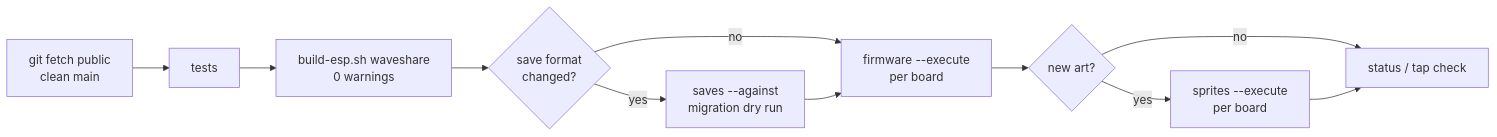
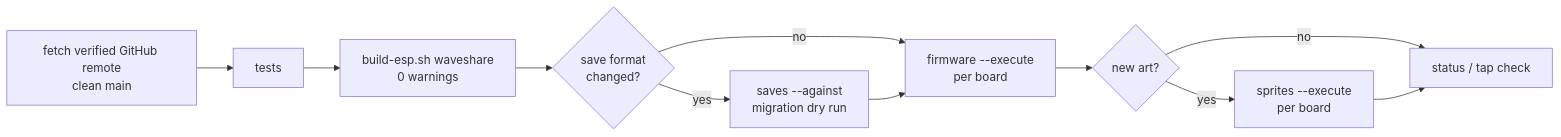
One commit to goldsziggy/z-ark-digivice changed the diagram in docs/DEPLOYMENT.md. Above: the diagram before and after it, drawn with Mermaid. The commit also changed other lines of this file and 78 other files, not shown here.

````diff
--- a/docs/DEPLOYMENT.md
+++ b/docs/DEPLOYMENT.md
@@ -12,13 +12,13 @@
 ```mermaid
 flowchart LR
-    A[git fetch public<br/>clean main] --> B[tests]
+    A[fetch verified GitHub remote<br/>clean main] --> B[tests]
     B --> C[build-esp.sh waveshare<br/>0 warnings]
     C --> D{save format<br/>changed?}
     D -->|yes| E[saves --against<br/>migration dry run]
     D -->|no| F
     E --> F[firmware --execute<br/>per board]
     F --> G{new art?}
     G -->|yes| H[sprites --execute<br/>per board]
     G -->|no| I
     H --> I[status / tap check]
 ```
````
